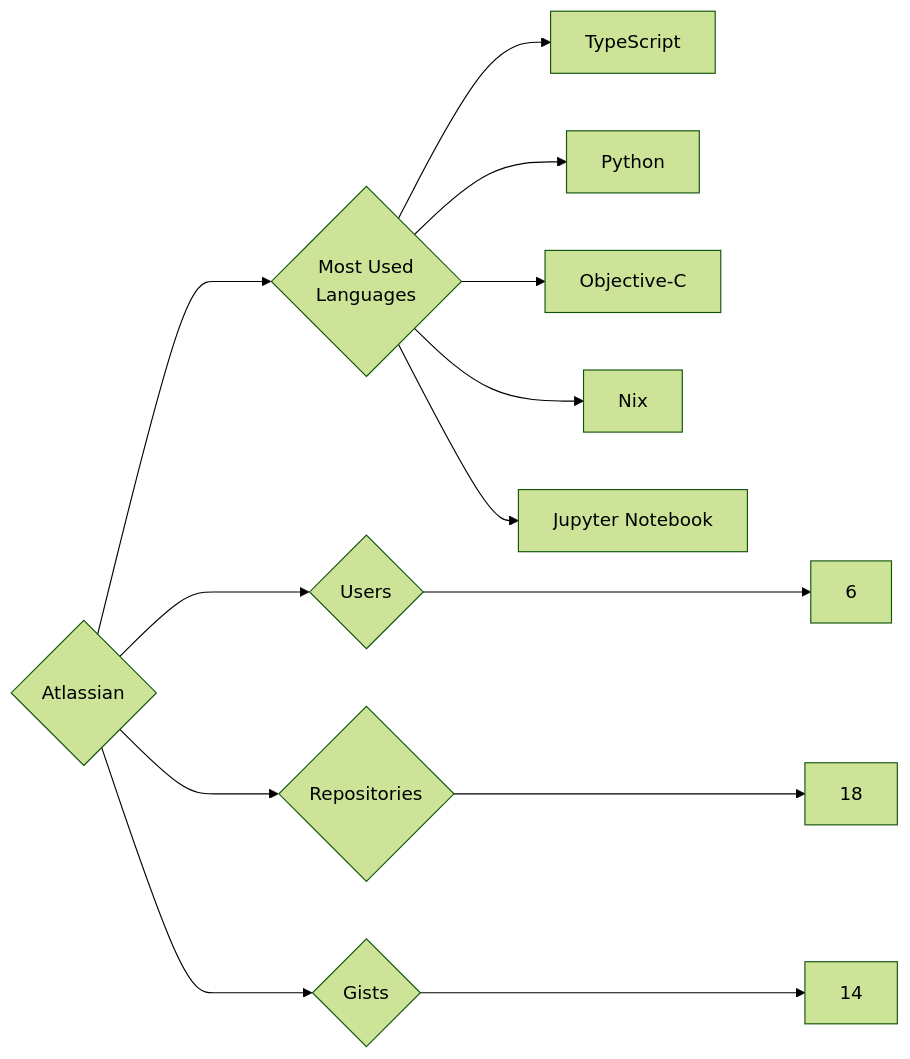
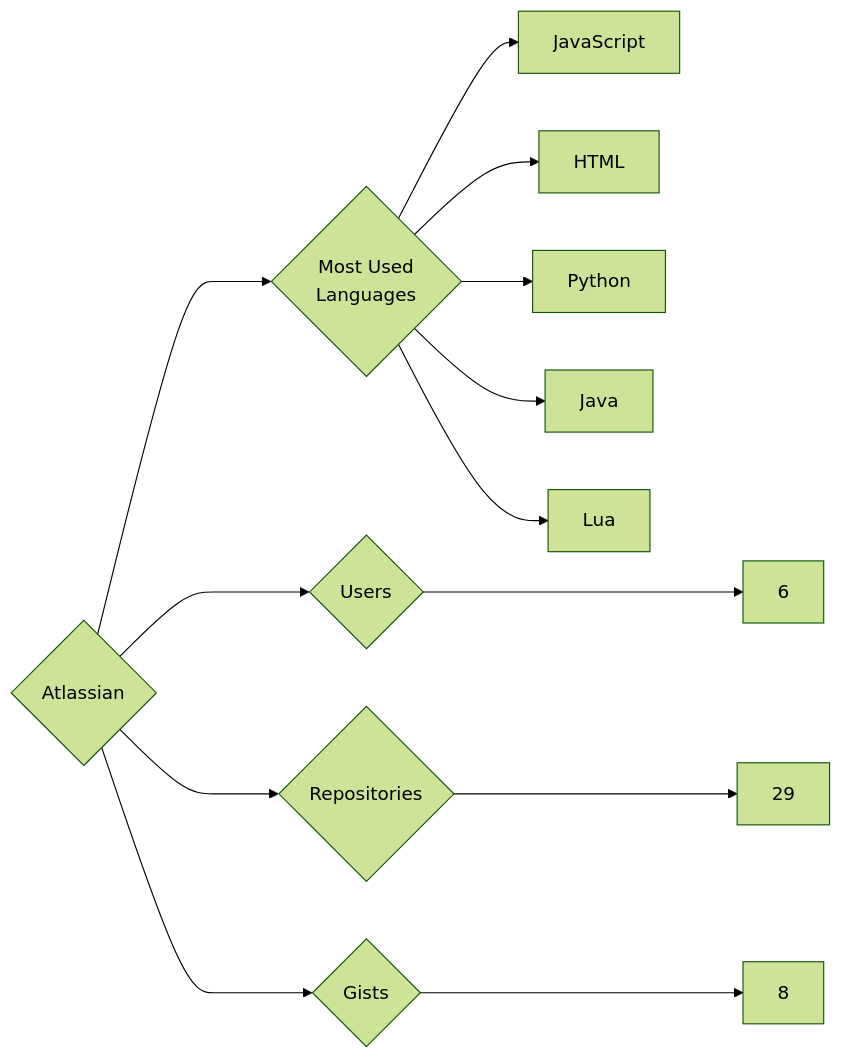
Before and after one commit to trickest/insiders: the diagram in targets/Atlassian/README.md, drawn with Mermaid (forest theme). The commit also changed 783 other files, not shown here.

````diff
--- a/targets/Atlassian/README.md
+++ b/targets/Atlassian/README.md
@@ -3,13 +3,13 @@
 ```mermaid
 graph LR
 COMPANY_NAME{Atlassian}
 COMPANY_NAME ---> U{Users} ---> UN[6]
-COMPANY_NAME ---> R{Repositories} ---> RN[18]
-COMPANY_NAME ---> G{Gists} ---> GN[14]
+COMPANY_NAME ---> R{Repositories} ---> RN[29]
+COMPANY_NAME ---> G{Gists} ---> GN[8]
 COMPANY_NAME ---> ML{Most Used<br>Languages}
-ML --> TypeScript[TypeScript]
+ML --> JavaScript[JavaScript]
+ML --> HTML[HTML]
 ML --> Python[Python]
-ML --> Objective-C[Objective-C]
-ML --> Nix[Nix]
-ML --> Jupyter_Notebook[Jupyter Notebook]
+ML --> Java[Java]
+ML --> Lua[Lua]
 ```
````
